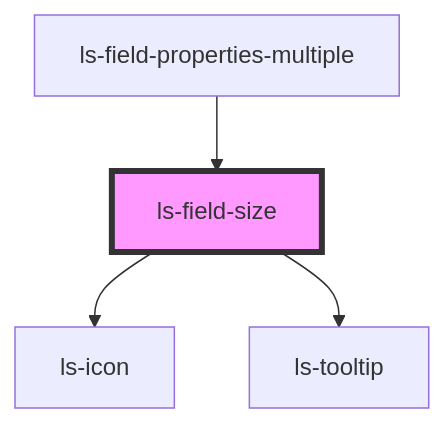
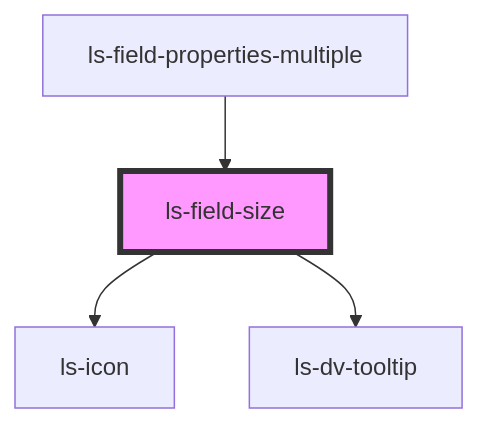
One commit to legalesign/ls-document-viewer changed the diagram in src/components/ls-field-size/readme.md. Above: the diagram before and after it, drawn with Mermaid. The commit also changed other lines of this file and 72 other files, not shown here.

````diff
--- a/src/components/ls-field-size/readme.md
+++ b/src/components/ls-field-size/readme.md
@@ -34,7 +34,7 @@
 ```mermaid
 graph TD;
   ls-field-size --> ls-icon
-  ls-field-size --> ls-tooltip
+  ls-field-size --> ls-dv-tooltip
   ls-field-properties-multiple --> ls-field-size
   style ls-field-size fill:#f9f,stroke:#333,stroke-width:4px
 ```
````
